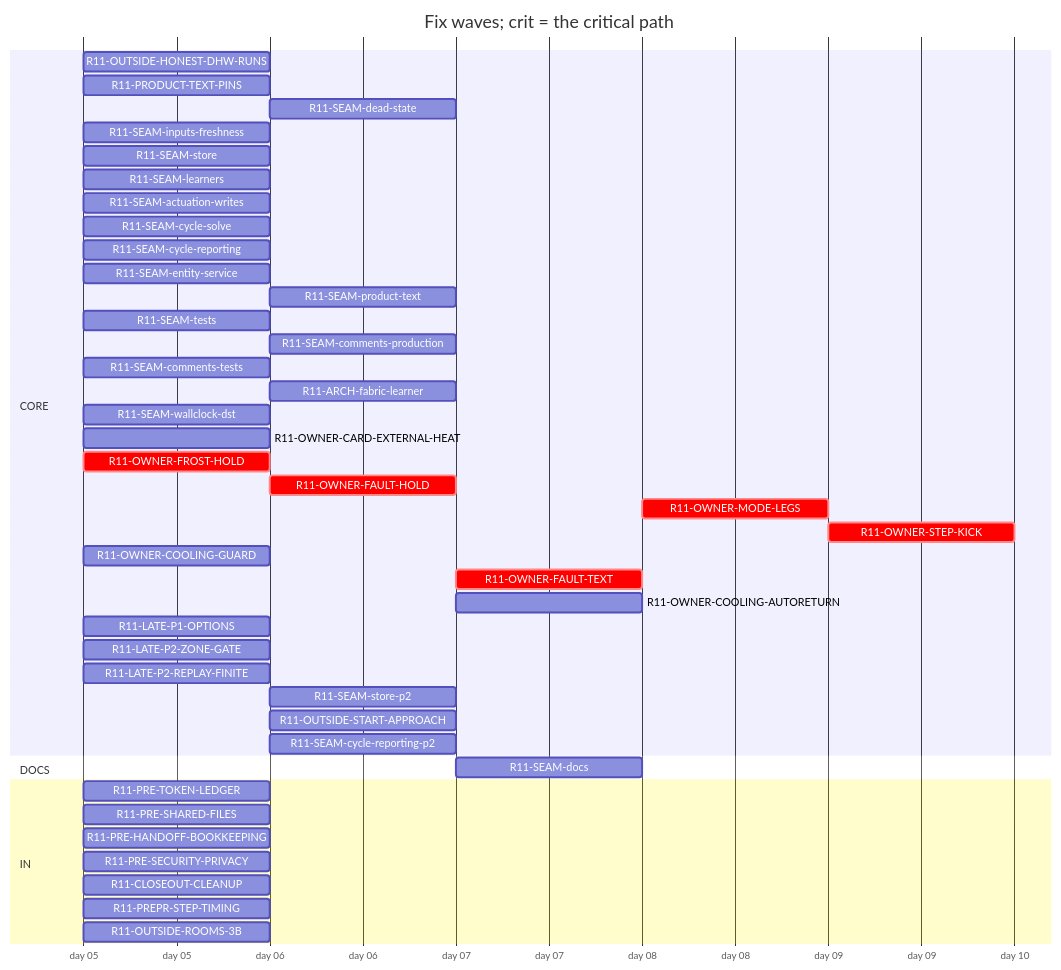
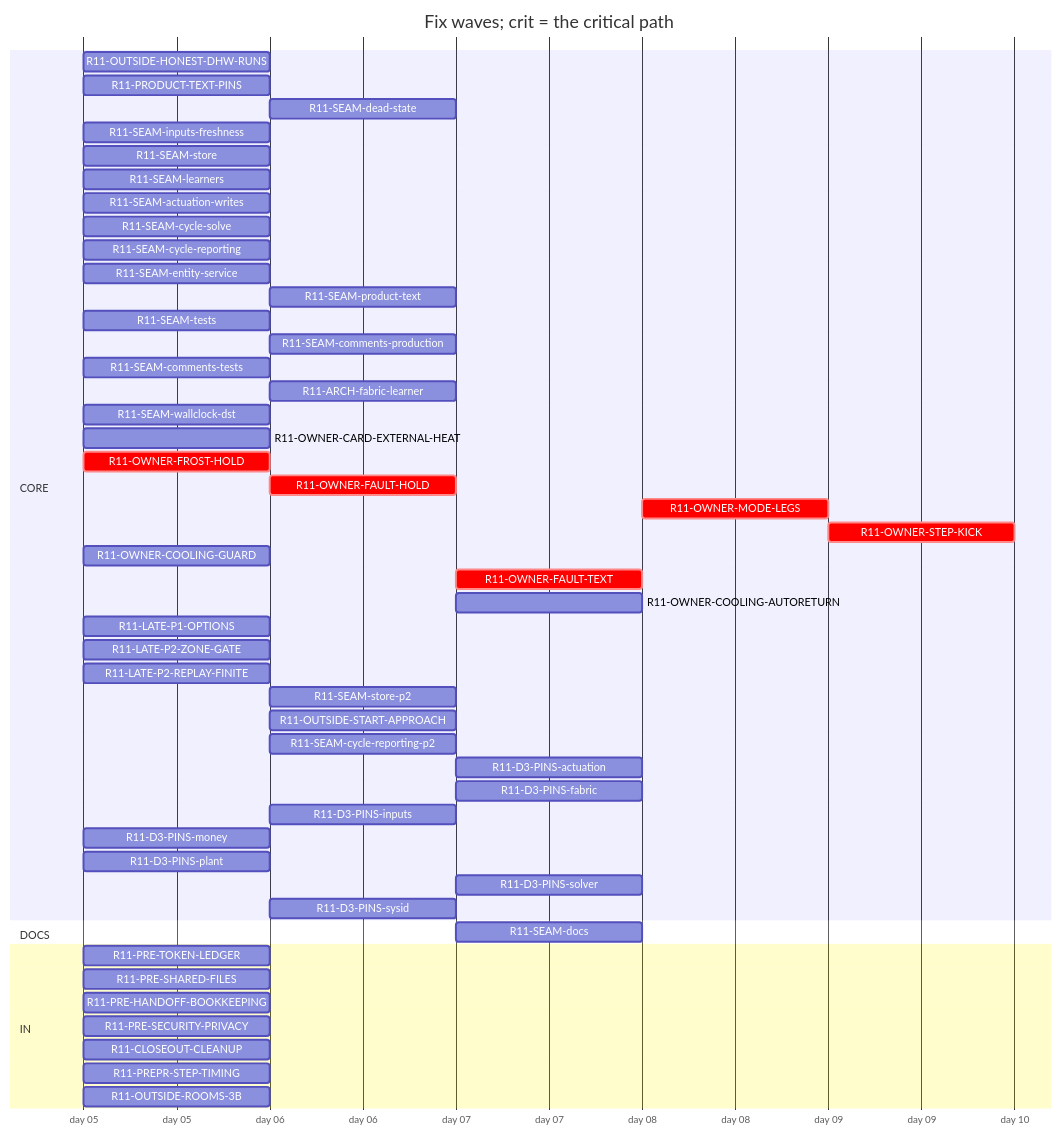
Before and after one commit to tvofi/heatpump_optimizer: the diagram in handoff/round11/state/PLAN-TABLE.md, drawn with Mermaid. The commit also changed other lines of this file and 4 other files, not shown here.

Commit message:
state: FLOW-BOARD.md, NEXT-SESSION-PROMPT.md, PLAN-TABLE.md, PLAN.html, RESUME-CURRENT.md regenerated (state_docs.py)

````diff
--- a/handoff/round11/state/PLAN-TABLE.md
+++ b/handoff/round11/state/PLAN-TABLE.md
@@ -16,47 +16,54 @@
 ```mermaid
 gantt
   title Fix waves; crit = the critical path
   dateFormat YYYY-MM-DD
   axisFormat day %d
   section CORE
     R11-OUTSIDE-HONEST-DHW-RUNS :r11OUTSIDEHONESTDHWRUNS, 2026-01-05, 1d
     R11-PRODUCT-TEXT-PINS :r11PRODUCTTEXTPINS, 2026-01-05, 1d
     R11-SEAM-dead-state :r11SEAMdeadstate, after r11SEAMstore, 1d
     R11-SEAM-inputs-freshness :r11SEAMinputsfreshness, 2026-01-05, 1d
     R11-SEAM-store :r11SEAMstore, 2026-01-05, 1d
     R11-SEAM-learners :r11SEAMlearners, 2026-01-05, 1d
     R11-SEAM-actuation-writes :r11SEAMactuationwrites, 2026-01-05, 1d
     R11-SEAM-cycle-solve :r11SEAMcyclesolve, 2026-01-05, 1d
     R11-SEAM-cycle-reporting :r11SEAMcyclereporting, 2026-01-05, 1d
     R11-SEAM-entity-service :r11SEAMentityservice, 2026-01-05, 1d
     R11-SEAM-product-text :r11SEAMproducttext, after r11SEAMactuationwrites r11SEAMentityservice r11SEAMinputsfreshness r11SEAMcyclesolve r11SEAMcyclereporting, 1d
     R11-SEAM-tests :r11SEAMtests, 2026-01-05, 1d
     R11-SEAM-comments-production :r11SEAMcommentsproduction, after r11SEAMactuationwrites r11SEAMentityservice r11SEAMinputsfreshness r11SEAMcyclesolve r11SEAMcyclereporting, 1d
     R11-SEAM-comments-tests :r11SEAMcommentstests, 2026-01-05, 1d
     R11-ARCH-fabric-learner :r11ARCHfabriclearner, after r11SEAMlearners, 1d
     R11-SEAM-wallclock-dst :r11SEAMwallclockdst, 2026-01-05, 1d
     R11-OWNER-CARD-EXTERNAL-HEAT :r11OWNERCARDEXTERNALHEAT, 2026-01-05, 1d
     R11-OWNER-FROST-HOLD :crit, r11OWNERFROSTHOLD, 2026-01-05, 1d
     R11-OWNER-FAULT-HOLD :crit, r11OWNERFAULTHOLD, after r11OWNERFROSTHOLD, 1d
     R11-OWNER-MODE-LEGS :crit, r11OWNERMODELEGS, after r11OWNERFAULTTEXT, 1d
     R11-OWNER-STEP-KICK :crit, r11OWNERSTEPKICK, after r11OWNERMODELEGS, 1d
     R11-OWNER-COOLING-GUARD :r11OWNERCOOLINGGUARD, 2026-01-05, 1d
     R11-OWNER-FAULT-TEXT :crit, r11OWNERFAULTTEXT, after r11OWNERFAULTHOLD, 1d
     R11-OWNER-COOLING-AUTORETURN :r11OWNERCOOLINGAUTORETURN, after r11OWNERCOOLINGGUARD r11OWNERFAULTHOLD, 1d
     R11-LATE-P1-OPTIONS :r11LATEP1OPTIONS, 2026-01-05, 1d
     R11-LATE-P2-ZONE-GATE :r11LATEP2ZONEGATE, 2026-01-05, 1d
     R11-LATE-P2-REPLAY-FINITE :r11LATEP2REPLAYFINITE, 2026-01-05, 1d
     R11-SEAM-store-p2 :r11SEAMstorep2, after r11SEAMstore, 1d
     R11-OUTSIDE-START-APPROACH :r11OUTSIDESTARTAPPROACH, after r11OUTSIDEHONESTDHWRUNS r11SEAMlearners, 1d
-    R11-SEAM-cycle-reporting-p2 :r11SEAMcyclereportingp2, after r11SEAMcyclereporting, 1d
+    R11-SEAM-cycle-reporting-p2 :r11SEAMcyclereportingp2, after r11SEAMcyclereporting r11SEAMactuationwrites r11SEAMlearners, 1d
+    R11-D3-PINS-actuation :r11D3PINSactuation, after r11SEAMactuationwrites r11OWNERFAULTHOLD, 1d
+    R11-D3-PINS-fabric :r11D3PINSfabric, after r11ARCHfabriclearner r11SEAMcyclereporting r11OUTSIDESTARTAPPROACH, 1d
+    R11-D3-PINS-inputs :r11D3PINSinputs, after r11SEAMinputsfreshness, 1d
+    R11-D3-PINS-money :r11D3PINSmoney, 2026-01-05, 1d
+    R11-D3-PINS-plant :r11D3PINSplant, 2026-01-05, 1d
+    R11-D3-PINS-solver :r11D3PINSsolver, after r11OUTSIDESTARTAPPROACH r11SEAMcyclereporting, 1d
+    R11-D3-PINS-sysid :r11D3PINSsysid, after r11SEAMlearners, 1d
   section DOCS
     R11-SEAM-docs :r11SEAMdocs, after r11SEAMlearners r11SEAMactuationwrites r11SEAMentityservice r11SEAMinputsfreshness r11SEAMcyclesolve r11SEAMcyclereporting r11SEAMproducttext, 1d
   section IN
     R11-PRE-TOKEN-LEDGER :r11PRETOKENLEDGER, 2026-01-05, 1d
     R11-PRE-SHARED-FILES :r11PRESHAREDFILES, 2026-01-05, 1d
     R11-PRE-HANDOFF-BOOKKEEPING :r11PREHANDOFFBOOKKEEPING, 2026-01-05, 1d
     R11-PRE-SECURITY-PRIVACY :r11PRESECURITYPRIVACY, 2026-01-05, 1d
     R11-CLOSEOUT-CLEANUP :r11CLOSEOUTCLEANUP, 2026-01-05, 1d
     R11-PREPR-STEP-TIMING :r11PREPRSTEPTIMING, 2026-01-05, 1d
     R11-OUTSIDE-ROOMS-3B :r11OUTSIDEROOMS3B, 2026-01-05, 1d
 ```
````
